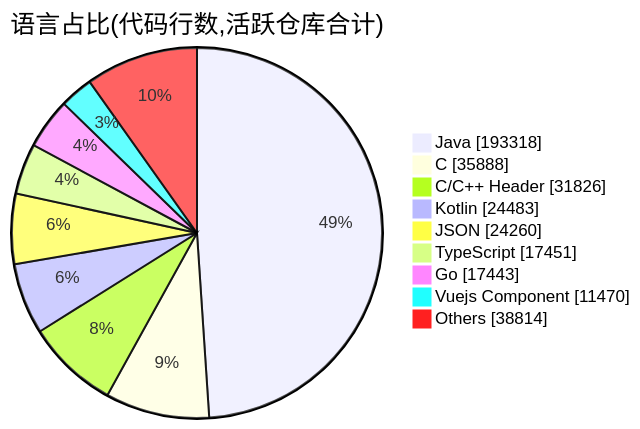
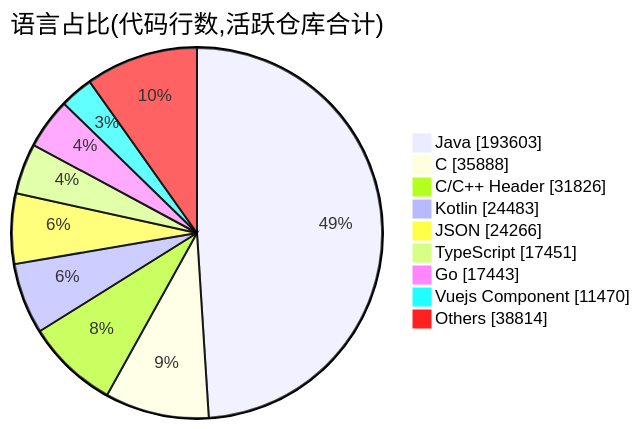
Before and after one commit to Conflux-Union/.github: the second of 2 diagrams in profile/README.md, drawn with Mermaid. The commit also changed other lines of this file and 1 other file, not shown here.

````diff
--- a/profile/README.md
+++ b/profile/README.md
@@ -82,13 +82,13 @@
 ```mermaid
 pie showData
     title 语言占比(代码行数,活跃仓库合计)
-    "Java" : 193318
+    "Java" : 193603
     "C" : 35888
     "C/C++ Header" : 31826
     "Kotlin" : 24483
-    "JSON" : 24260
+    "JSON" : 24266
     "TypeScript" : 17451
     "Go" : 17443
     "Vuejs Component" : 11470
     "Others" : 38814
 ```
````
